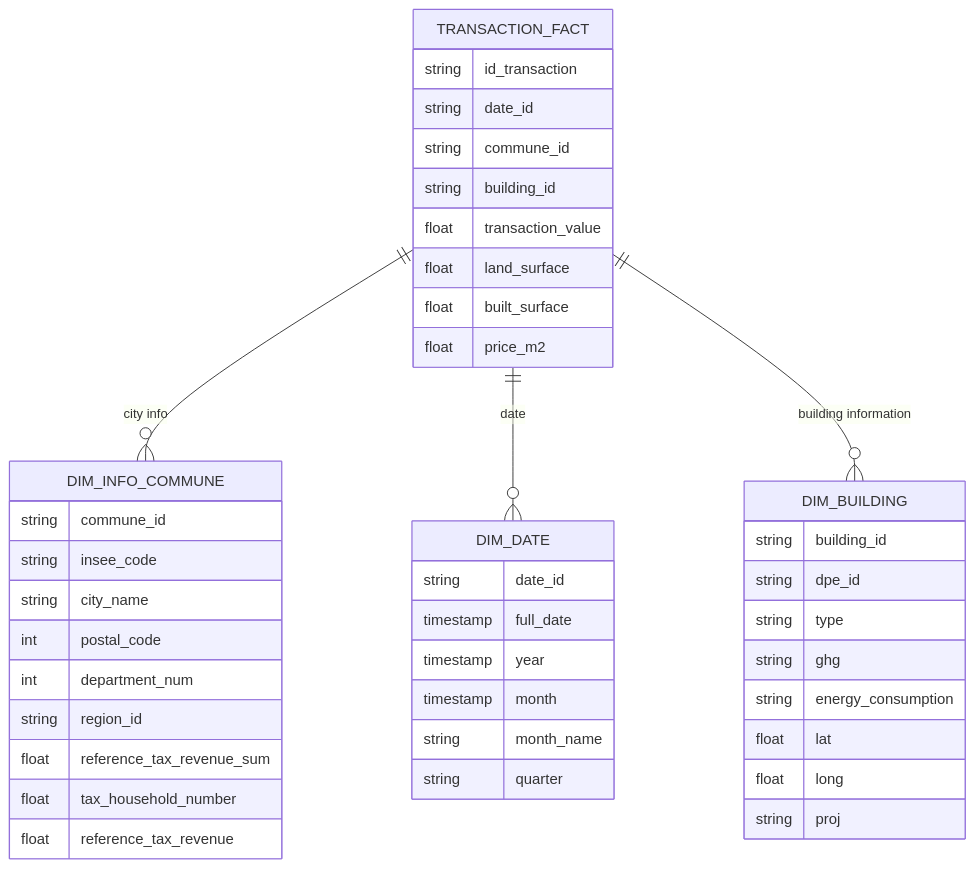
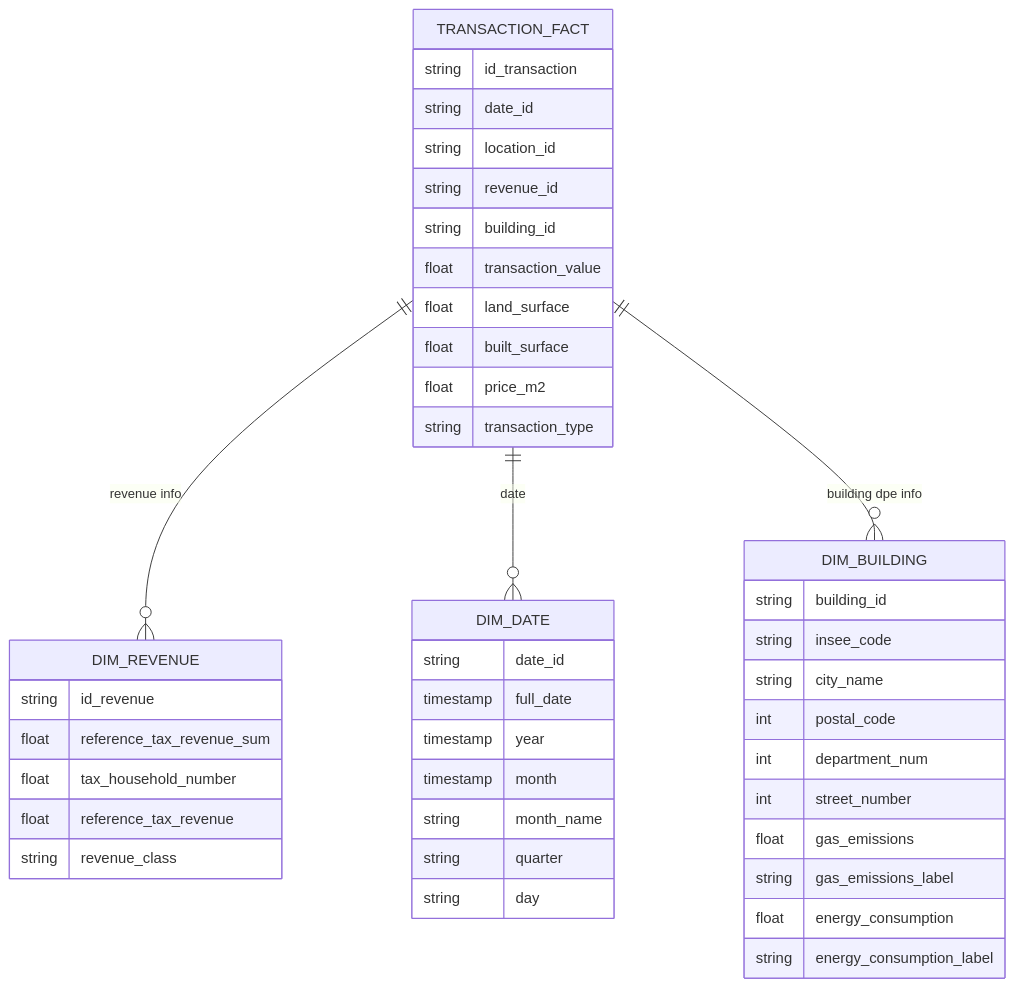
Before and after one commit to LucSAMAIN/city_vibe: the diagram in README.md, drawn with Mermaid.

Commit message:
refactor: new star schema architecture readme

````diff
--- a/README.md
+++ b/README.md
@@ -55,45 +55,47 @@
 ```mermaid
 erDiagram
-    TRANSACTION_FACT ||--o{ DIM_INFO_COMMUNE : "city info"
+    TRANSACTION_FACT ||--o{ DIM_REVENUE : "revenue info"
     TRANSACTION_FACT ||--o{ DIM_DATE : date
-    TRANSACTION_FACT ||--o{ DIM_BUILDING : "building information"
+    TRANSACTION_FACT ||--o{ DIM_BUILDING : "building dpe info"
     TRANSACTION_FACT {
       string id_transaction
       string  date_id
-      string  commune_id
-      string  building_id
+      string  location_id
+      string  revenue_id
+      string building_id
       float transaction_value
       float land_surface
       float built_surface
       float price_m2
+      string transaction_type
     }
-    DIM_INFO_COMMUNE {
-      string commune_id
-      string insee_code
-      string city_name
-      int postal_code
-      int department_num
-      string region_id
+    DIM_REVENUE {
+      string id_revenue
       float reference_tax_revenue_sum
       float tax_household_number
       float reference_tax_revenue
+      string revenue_class
     }
     DIM_DATE {
       string date_id
       timestamp full_date
       timestamp year
       timestamp month
       string month_name
       string quarter
+      string day
     }
+
    DIM_BUILDING {
       string building_id
-      string dpe_id
-      string type
-      string ghg
-      string energy_consumption
-      float lat
-      float long
-      string proj
+      string insee_code
+      string city_name
+      int postal_code
+      int department_num
+      int street_number
+      float gas_emissions
+      string gas_emissions_label
+      float energy_consumption
+      string energy_consumption_label
     }
 ```
````
